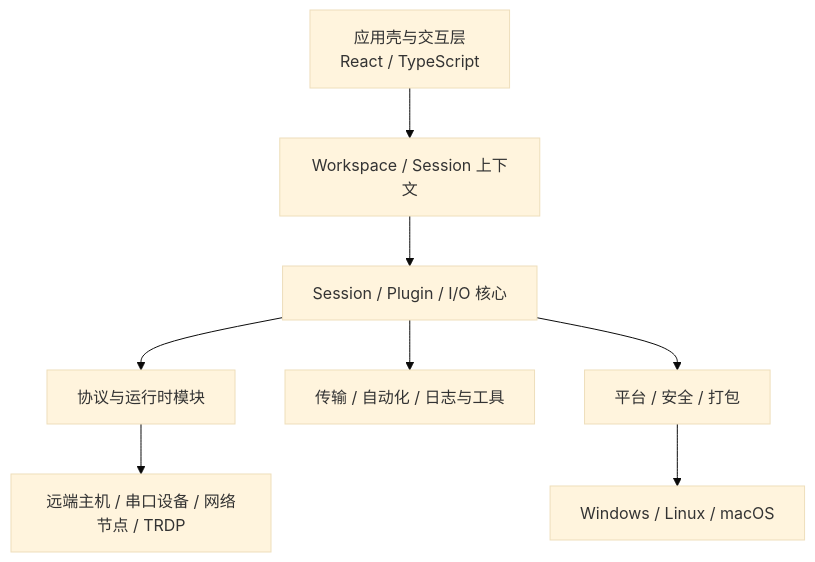
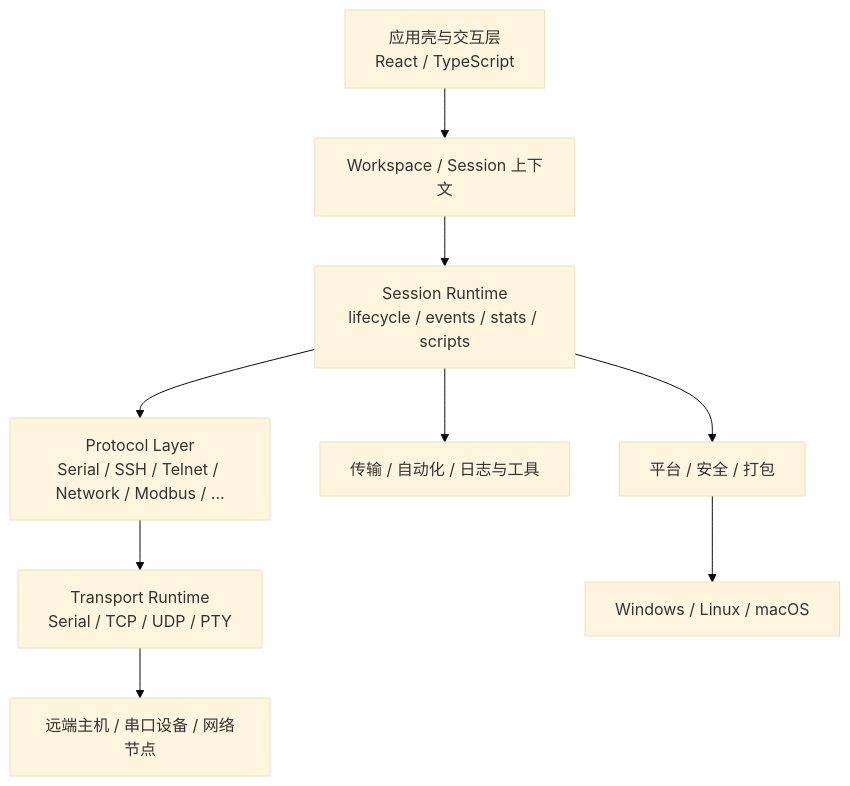
Before and after one commit to hamburger-os/TauTerm: the diagram in docs/README.md, drawn with Mermaid (base theme). The commit also changed other lines of this file, not shown here.

Commit message:
docs: index transport runtime and Modbus module

````diff
--- a/docs/README.md
+++ b/docs/README.md
@@ -29,10 +22,11 @@
 ```mermaid
 flowchart TB
   UI["应用壳与交互层\nReact / TypeScript"] --> WS["Workspace / Session 上下文"]
-  WS --> CORE["Session / Plugin / I/O 核心"]
-  CORE --> PROTO["协议与运行时模块"]
-  CORE --> SHARED["传输 / 自动化 / 日志与工具"]
-  CORE --> PLATFORM["平台 / 安全 / 打包"]
-  PROTO --> EXT["远端主机 / 串口设备 / 网络节点 / TRDP"]
+  WS --> SESSION["Session Runtime\nlifecycle / events / stats / scripts"]
+  SESSION --> PROTO["Protocol Layer\nSerial / SSH / Telnet / Network / Modbus / ..."]
+  PROTO --> TRANSPORT["Transport Runtime\nSerial / TCP / UDP / PTY"]
+  SESSION --> SHARED["传输 / 自动化 / 日志与工具"]
+  SESSION --> PLATFORM["平台 / 安全 / 打包"]
+  TRANSPORT --> EXT["远端主机 / 串口设备 / 网络节点"]
   PLATFORM --> OS["Windows / Linux / macOS"]
 ```
````
